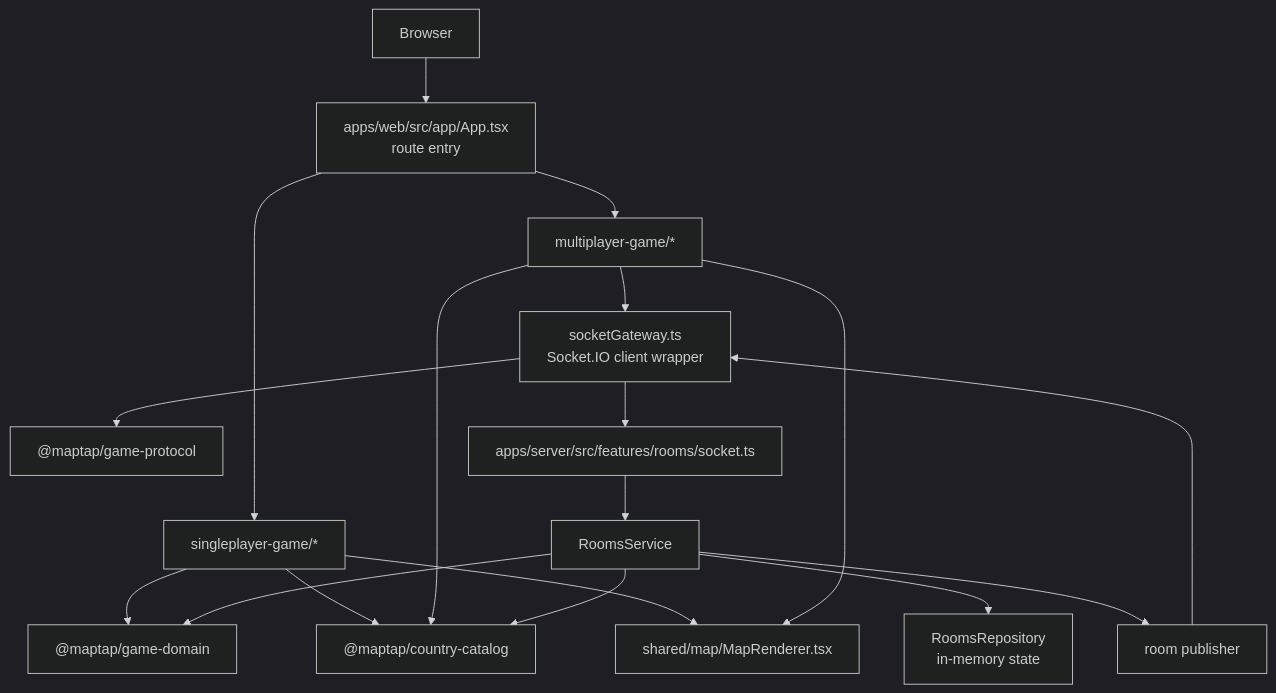
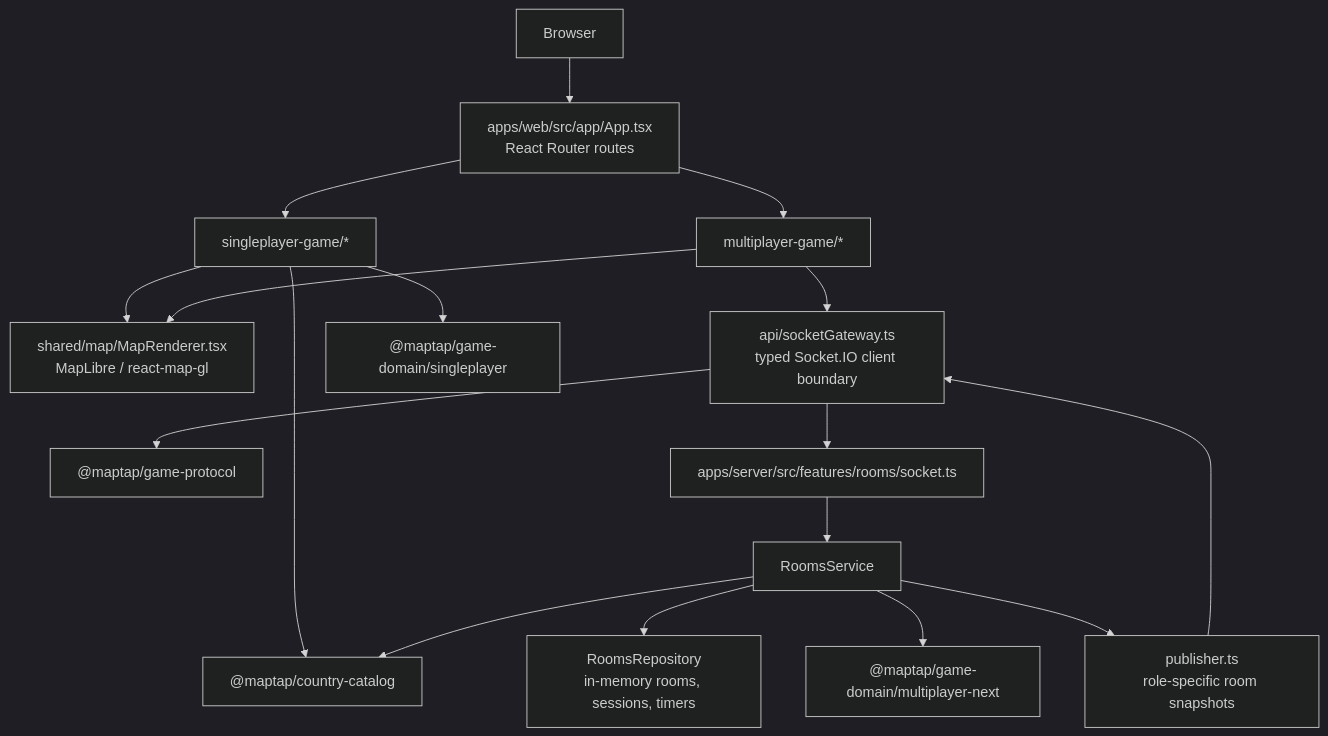
Before and after one commit to atamuratov07/maptap-game: the second of 12 diagrams in docs/project-architecture.md, drawn with Mermaid (dark theme). The commit also changed other lines of this file and 2 other files, not shown here.

````diff
--- a/docs/project-architecture.md
+++ b/docs/project-architecture.md
@@ -58,35 +69,35 @@
 ```mermaid
 graph TD
     Browser["Browser"]
-    Router["apps/web/src/app/App.tsx<br/>route entry"]
+    Routes["apps/web/src/app/App.tsx<br/>React Router routes"]
     Single["singleplayer-game/*"]
     Multi["multiplayer-game/*"]
-    Map["shared/map/MapRenderer.tsx"]
+    Map["shared/map/MapRenderer.tsx<br/>MapLibre / react-map-gl"]
 
-    Gateway["socketGateway.ts<br/>Socket.IO client wrapper"]
+    Gateway["api/socketGateway.ts<br/>typed Socket.IO client boundary"]
     Protocol["@maptap/game-protocol"]
     SocketHandlers["apps/server/src/features/rooms/socket.ts"]
     Service["RoomsService"]
-    Repo["RoomsRepository<br/>in-memory state"]
-    Publisher["room publisher"]
-    Domain["@maptap/game-domain"]
+    Repo["RoomsRepository<br/>in-memory rooms, sessions, timers"]
+    Publisher["publisher.ts<br/>role-specific room snapshots"]
+    NextDomain["@maptap/game-domain/multiplayer-next"]
+    SingleDomain["@maptap/game-domain/singleplayer"]
     Catalog["@maptap/country-catalog"]
 
-    Browser --> Router
-    Router --> Single
-    Router --> Multi
-    Single --> Domain
+    Browser --> Routes
+    Routes --> Single
+    Routes --> Multi
+    Single --> SingleDomain
     Single --> Catalog
     Single --> Map
     Multi --> Gateway
     Multi --> Map
-    Multi --> Catalog
     Gateway --> Protocol
     Gateway --> SocketHandlers
     SocketHandlers --> Service
     Service --> Repo
-    Service --> Domain
+    Service --> NextDomain
     Service --> Catalog
     Service --> Publisher
     Publisher --> Gateway
 ```
````
